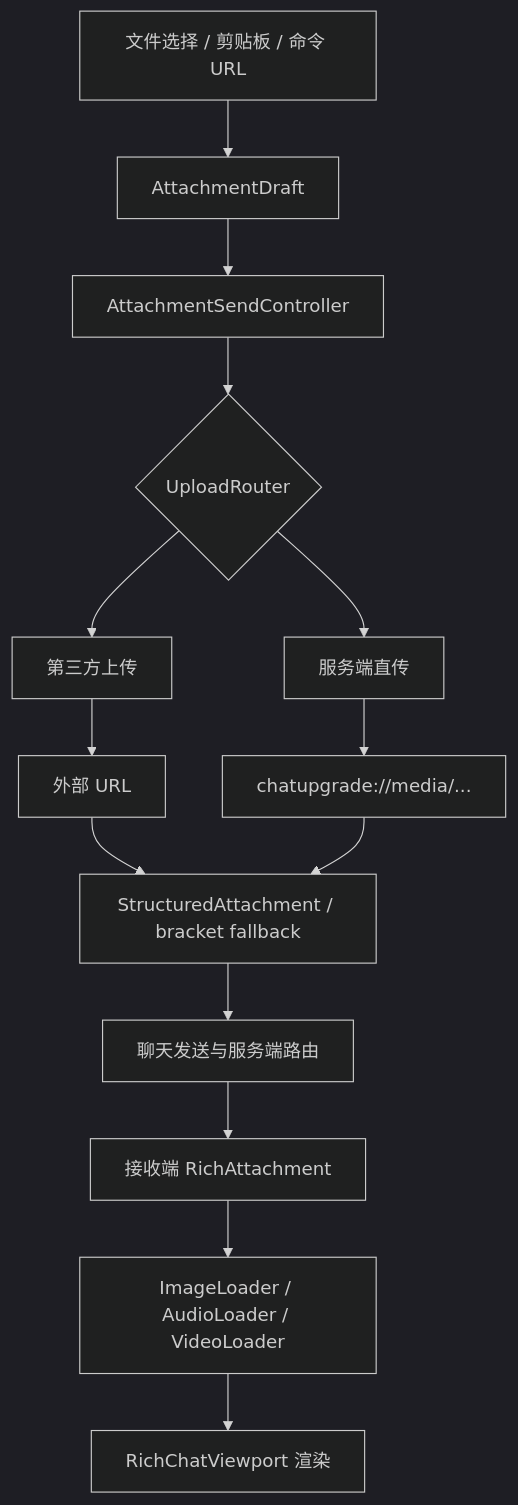
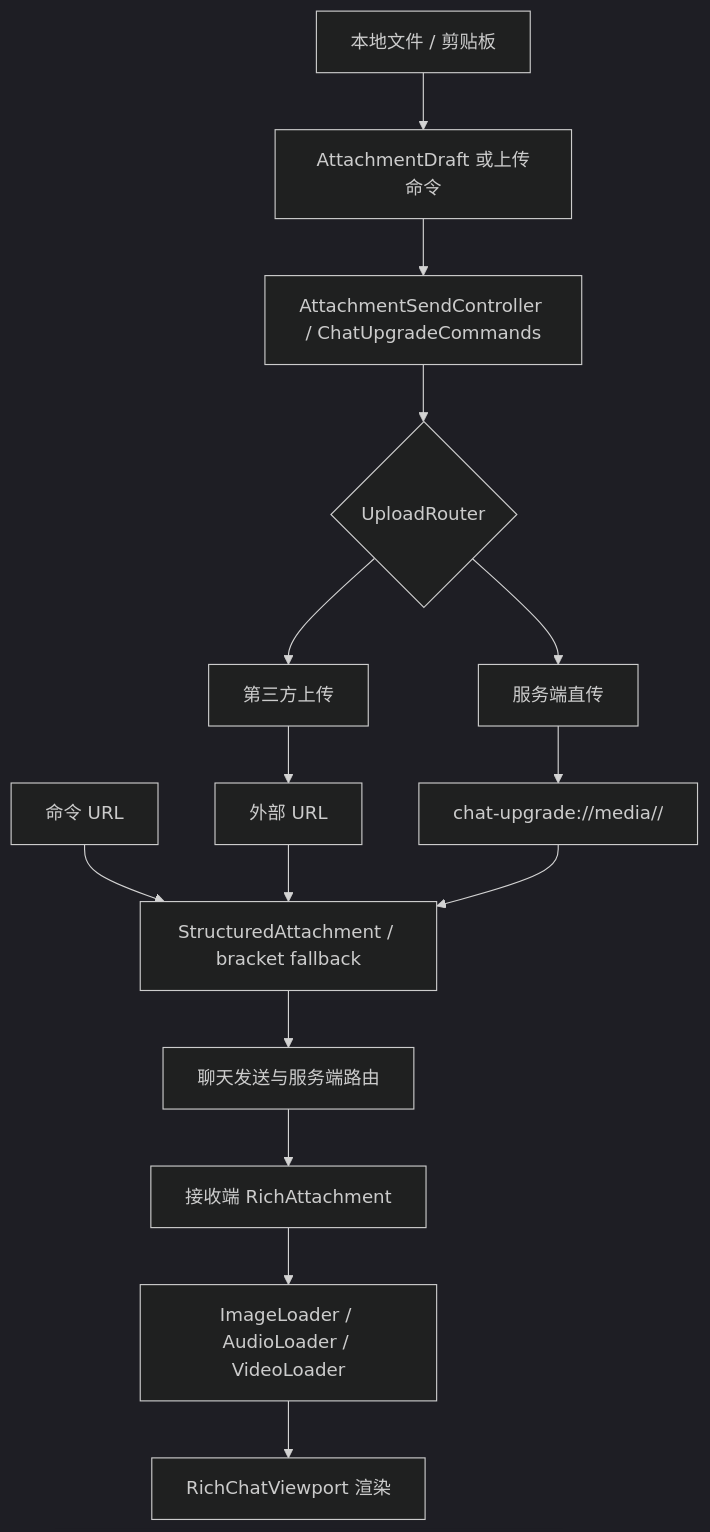
One commit to LoosePrince/chat-upgrade changed the diagram in docs/media-and-upload.md. Above: the diagram before and after it, drawn with Mermaid (dark theme). The commit also changed other lines of this file and 4 other files, not shown here.

````diff
--- a/docs/media-and-upload.md
+++ b/docs/media-and-upload.md
@@ -7,16 +7,17 @@
 ```mermaid
 flowchart TD
-    A[文件选择 / 剪贴板 / 命令 URL] --> B[AttachmentDraft]
-    B --> C[AttachmentSendController]
+    A[本地文件 / 剪贴板] --> B[AttachmentDraft 或上传命令]
+    U[命令 URL] --> I[bracket payload]
+    B --> C[AttachmentSendController / ChatUpgradeCommands]
     C --> D{UploadRouter}
     D --> E[第三方上传]
     D --> F[服务端直传]
     E --> G[外部 URL]
-    F --> H[chatupgrade://media/...]
+    F --> H[chat-upgrade://media/<type>/<mediaId>]
     G --> I[StructuredAttachment / bracket fallback]
     H --> I
     I --> J[聊天发送与服务端路由]
     J --> K[接收端 RichAttachment]
     K --> L[ImageLoader / AudioLoader / VideoLoader]
     L --> M[RichChatViewport 渲染]
 ```
````
